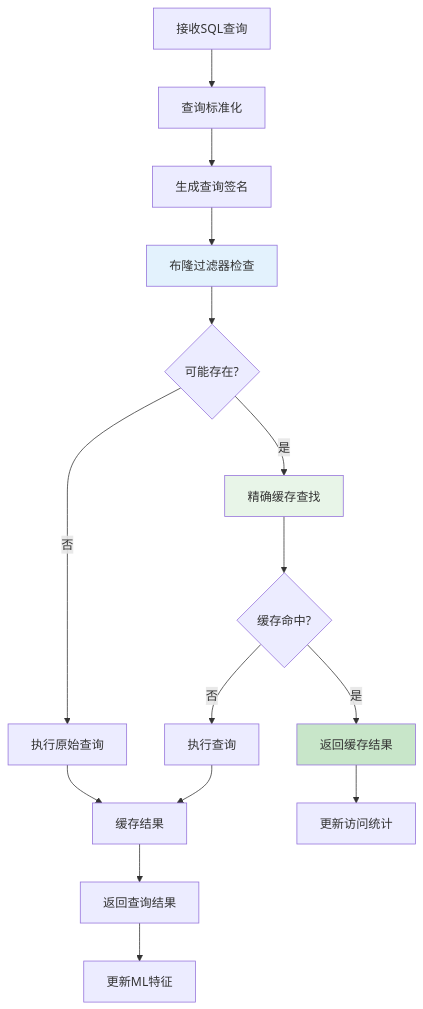
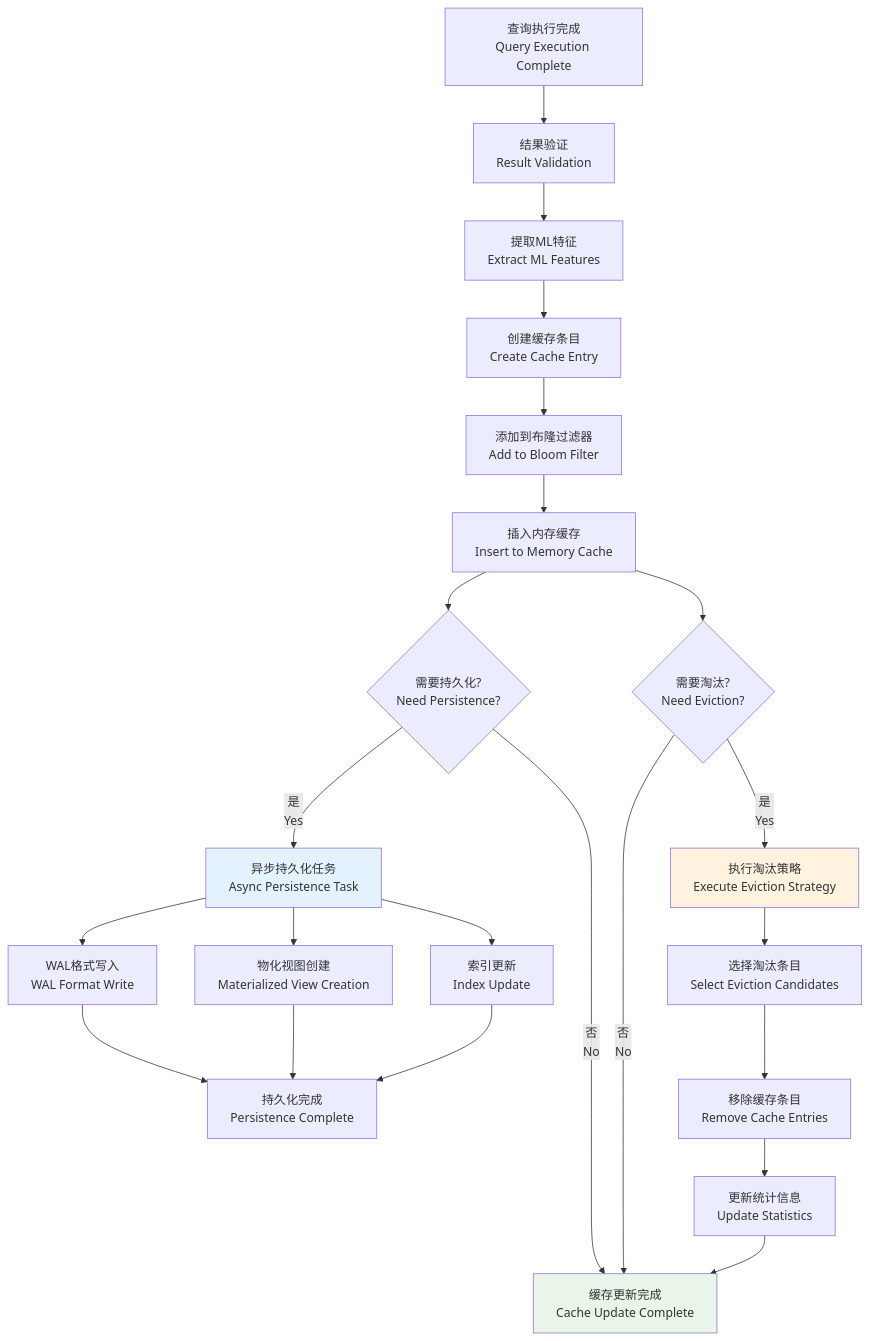
Diagram 12 of 13 in md/第三章-动态缓存管理.md (crazypenguincode/duckdb), drawn with Mermaid before and after one commit. The commit also changed other lines of this file and 4 other files, not shown here.

````diff
--- a/md/第三章-动态缓存管理.md
+++ b/md/第三章-动态缓存管理.md
@@ -281,21 +1836,33 @@
 ```mermaid
 graph TD
-    A[接收SQL查询] --> B[查询标准化]
-    B --> C[生成查询签名]
-    C --> D[布隆过滤器检查]
-    D --> E{可能存在?}
-    E --> |否| F[执行原始查询]
-    E --> |是| G[精确缓存查找]
-    G --> H{缓存命中?}
-    H --> |是| I[返回缓存结果]
-    H --> |否| J[执行查询]
-    F --> K[缓存结果]
-    J --> K
-    K --> L[返回查询结果]
-    I --> M[更新访问统计]
-    L --> N[更新ML特征]
+    A[查询执行完成<br/>Query Execution Complete] --> B[结果验证<br/>Result Validation]
+    B --> C[提取ML特征<br/>Extract ML Features]
+    C --> D[创建缓存条目<br/>Create Cache Entry]
+    D --> E[添加到布隆过滤器<br/>Add to Bloom Filter]
+    E --> F[插入内存缓存<br/>Insert to Memory Cache]
     
-    style D fill:#e3f2fd
-    style G fill:#e8f5e8
-    style I fill:#c8e6c9
+    F --> G{需要持久化?<br/>Need Persistence?}
+    G --> |是<br/>Yes| H[异步持久化任务<br/>Async Persistence Task]
+    G --> |否<br/>No| I[缓存更新完成<br/>Cache Update Complete]
+    
+    H --> J[WAL格式写入<br/>WAL Format Write]
+    H --> K[物化视图创建<br/>Materialized View Creation]
+    H --> L[索引更新<br/>Index Update]
+    
+    J --> M[持久化完成<br/>Persistence Complete]
+    K --> M
+    L --> M
+    
+    F --> N{需要淘汰?<br/>Need Eviction?}
+    N --> |是<br/>Yes| O[执行淘汰策略<br/>Execute Eviction Strategy]
+    N --> |否<br/>No| I
+    
+    O --> P[选择淘汰条目<br/>Select Eviction Candidates]
+    P --> Q[移除缓存条目<br/>Remove Cache Entries]
+    Q --> R[更新统计信息<br/>Update Statistics]
+    R --> I
+    
+    style I fill:#e8f5e8
+    style H fill:#e3f2fd
+    style O fill:#fff3e0
 ```
````
